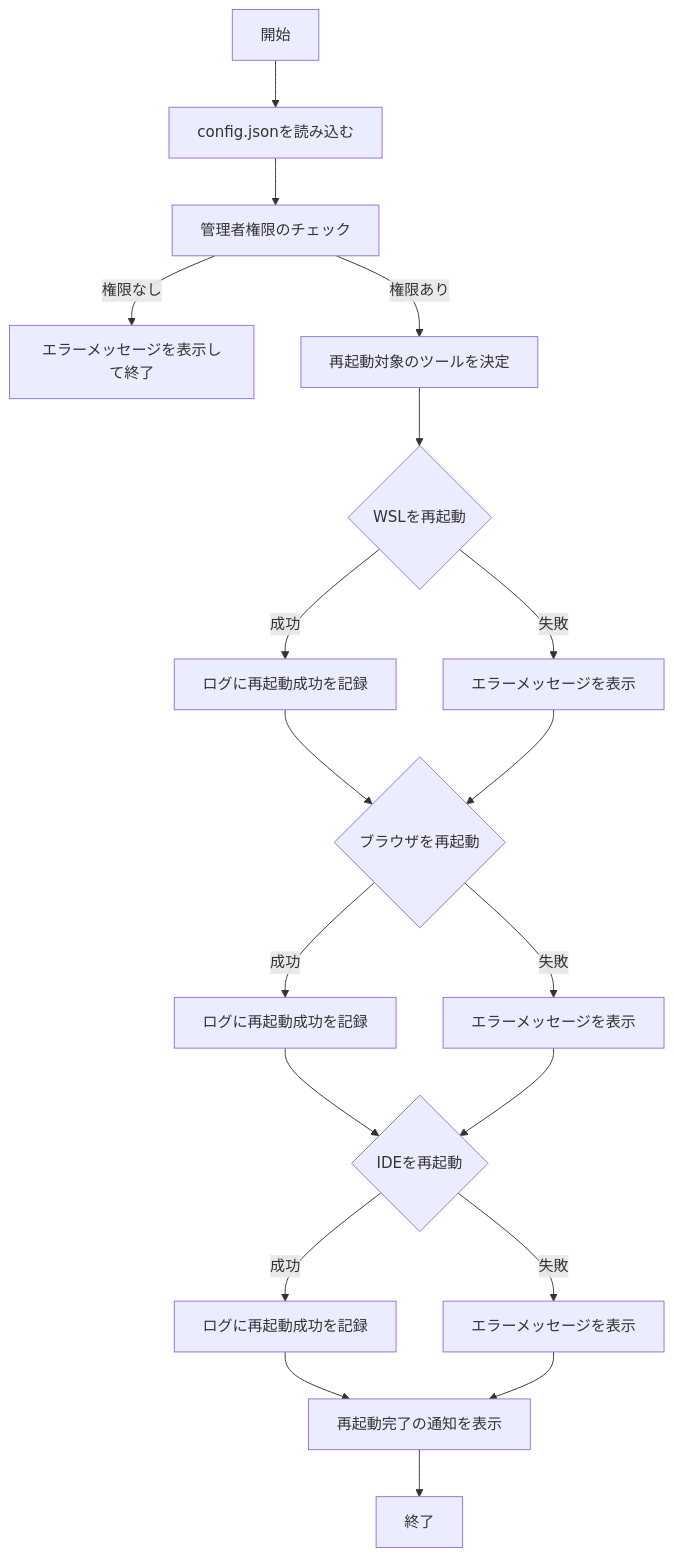
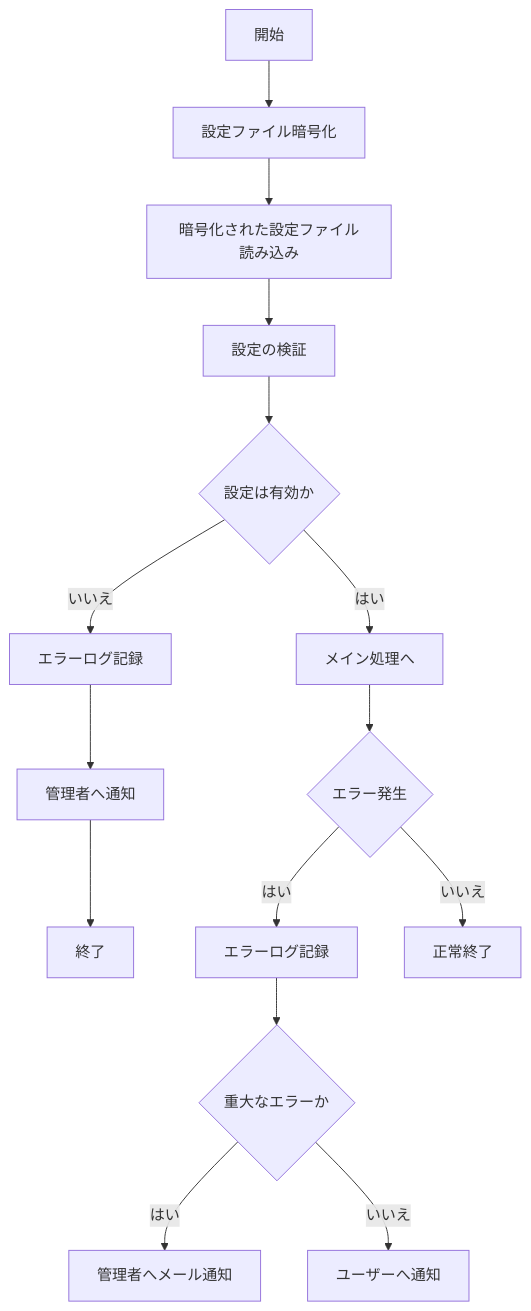
The sixth of 6 diagrams in Dev_Info.md (tsutomu-n/DevEnvRebooter), drawn with Mermaid before and after one commit. The commit also changed other lines of this file and 25 other files, not shown here.

````diff
--- a/Dev_Info.md
+++ b/Dev_Info.md
@@ -231,23 +358,17 @@
 ```mermaid
 graph TD
-    A[開始] --> B[config.jsonを読み込む]
-    B --> C[管理者権限のチェック]
-    C -- 権限なし --> D[エラーメッセージを表示して終了]
-
-
-    C -- 権限あり --> E[再起動対象のツールを決定]
-    E --> F{WSLを再起動}
-    F -->|成功| G[ログに再起動成功を記録]
-    F -->|失敗| H[エラーメッセージを表示]
-    G --> I{ブラウザを再起動}
-    H --> I
-    I -->|成功| J[ログに再起動成功を記録]
-    I -->|失敗| K[エラーメッセージを表示]
-    J --> L{IDEを再起動}
-    K --> L
-    L -->|成功| M[ログに再起動成功を記録]
-    L -->|失敗| N[エラーメッセージを表示]
-    M --> O[再起動完了の通知を表示]
-    N --> O
-    O --> P[終了]
+    A[開始] --> B[設定ファイル暗号化]
+    B --> C[暗号化された設定ファイル読み込み]
+    C --> D[設定の検証]
+    D --> E{設定は有効か}
+    E -->|はい| F[メイン処理へ]
+    E -->|いいえ| G[エラーログ記録]
+    G --> H[管理者へ通知]
+    H --> I[終了]
+    F --> J{エラー発生}
+    J -->|はい| K[エラーログ記録]
+    K --> L{重大なエラーか}
+    L -->|はい| M[管理者へメール通知]
+    L -->|いいえ| N[ユーザーへ通知]
+    J -->|いいえ| O[正常終了]
 ```
````
